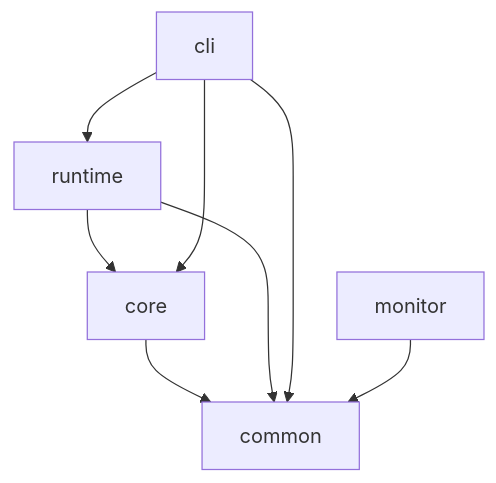
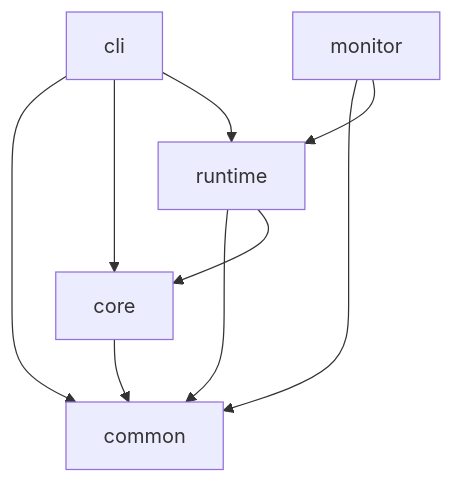
The first of 5 diagrams in docs/architecture.md (madebyaris/native-cli-ai), drawn with Mermaid before and after one commit. The commit also changed other lines of this file and 37 other files, not shown here.

````diff
--- a/docs/architecture.md
+++ b/docs/architecture.md
@@ -98,16 +98,17 @@
 ```mermaid
 flowchart TD
   Common[common]
   Core[core]
   Runtime[runtime]
   Cli[cli]
   Monitor[monitor]
 
   Core --> Common
   Runtime --> Common
   Runtime --> Core
   Cli --> Common
   Cli --> Core
   Cli --> Runtime
   Monitor --> Common
+  Monitor --> Runtime
 ```
````
